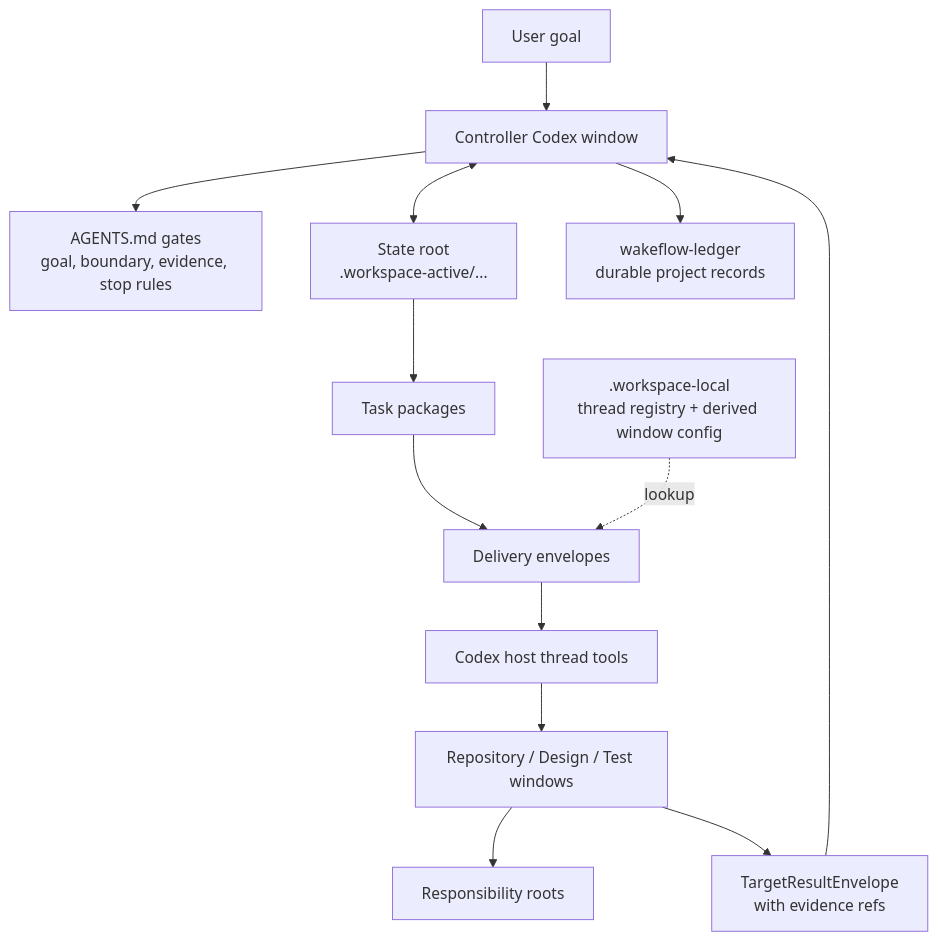
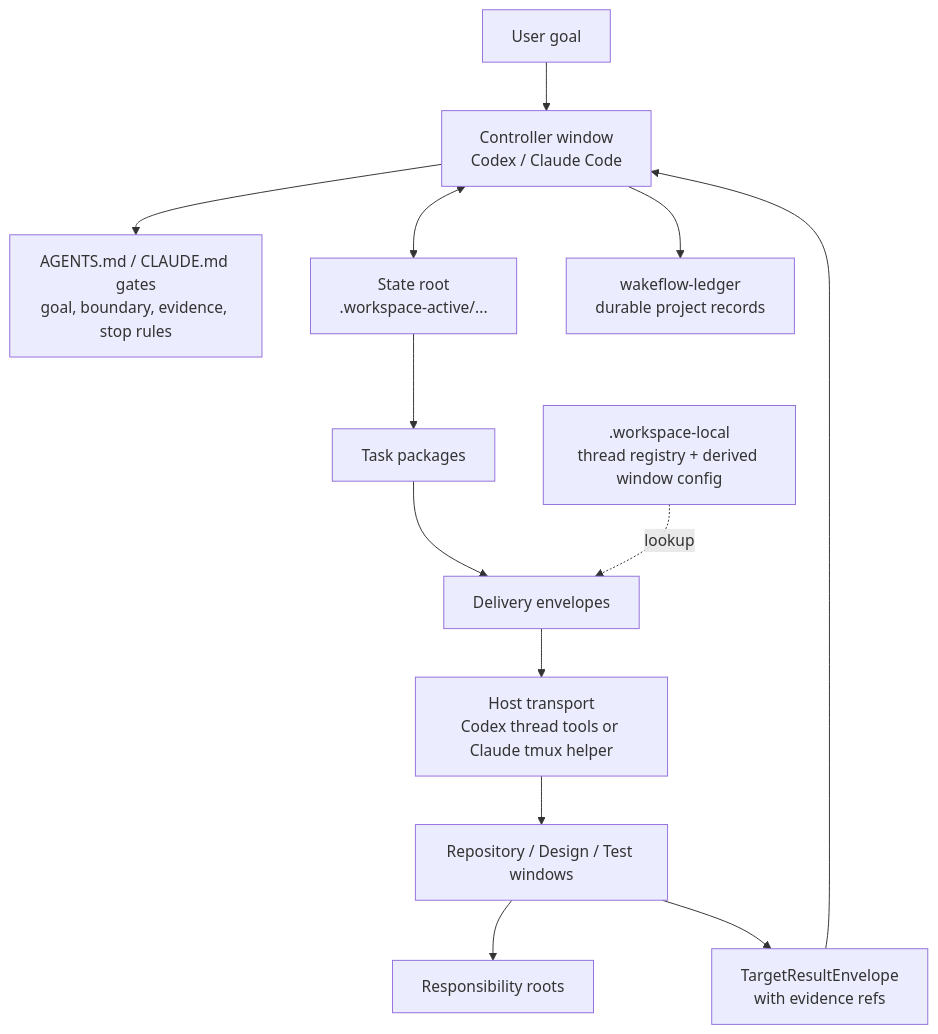
One commit to GxFn/Wakeflow changed the diagram in README.md. Above: the diagram before and after it, drawn with Mermaid. The commit also changed other lines of this file and 5 other files, not shown here.

````diff
--- a/README.md
+++ b/README.md
@@ -59,15 +61,15 @@
 ```mermaid
 flowchart TD
-  User["User goal"] --> Controller["Controller Codex window"]
-  Controller --> Gates["AGENTS.md gates<br/>goal, boundary, evidence, stop rules"]
+  User["User goal"] --> Controller["Controller window<br/>Codex / Claude Code"]
+  Controller --> Gates["AGENTS.md / CLAUDE.md gates<br/>goal, boundary, evidence, stop rules"]
   Controller <--> StateRoot["State root<br/>.workspace-active/..."]
   StateRoot --> Tasks["Task packages"]
   Tasks --> Delivery["Delivery envelopes"]
   LocalRuntime[".workspace-local<br/>thread registry + derived window config"] -. "lookup" .-> Delivery
-  Delivery --> Host["Codex host thread tools"]
+  Delivery --> Host["Host transport<br/>Codex thread tools or Claude tmux helper"]
   Host --> Targets["Repository / Design / Test windows"]
   Targets --> Repos["Responsibility roots"]
   Targets --> Results["TargetResultEnvelope<br/>with evidence refs"]
   Results --> Controller
   Controller --> Ledger["wakeflow-ledger<br/>durable project records"]
 ```
````
